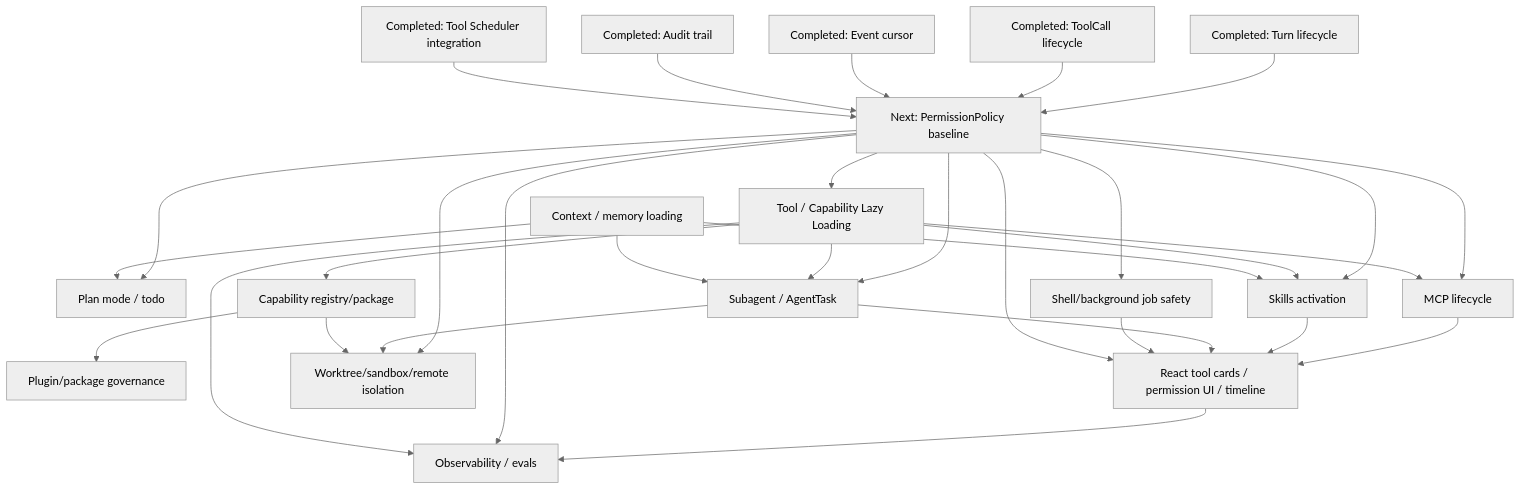
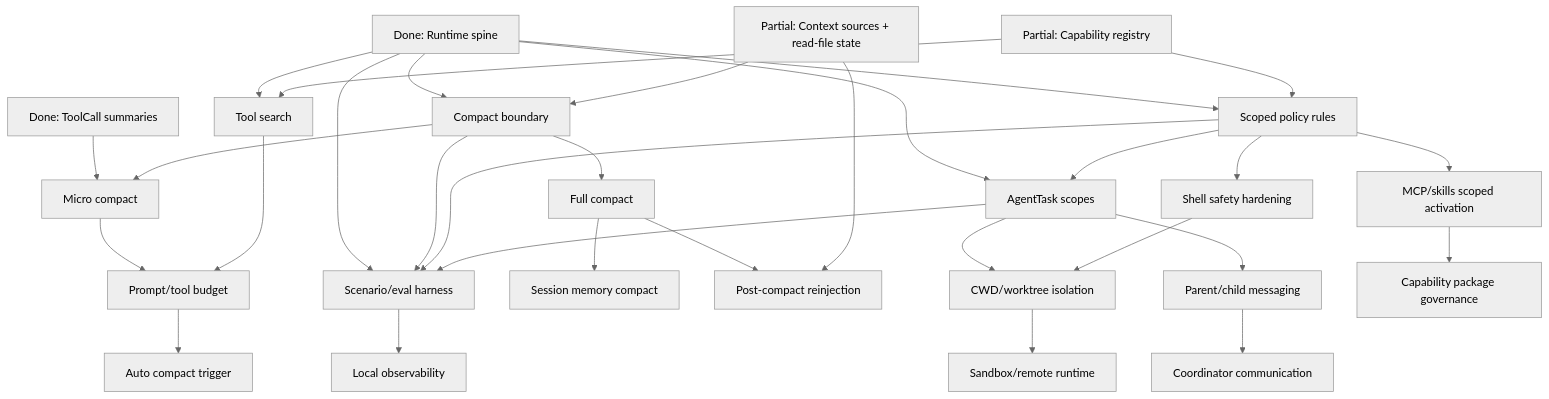
Before and after one commit to CIPFZ/agent-builder: the diagram in docs/claude-code-alignment-next-roadmap.md, drawn with Mermaid (neutral theme). The commit also changed other lines of this file and 1 other file, not shown here.

Commit message:
docs: audit claude code runtime parity

````diff
--- a/docs/claude-code-alignment-next-roadmap.md
+++ b/docs/claude-code-alignment-next-roadmap.md
@@ -92,39 +180,37 @@
 ```mermaid
 graph TD
-  T["Completed: Turn lifecycle"] --> PP["Next: PermissionPolicy baseline"]
-  TC["Completed: ToolCall lifecycle"] --> PP
-  EV["Completed: Event cursor"] --> PP
-  AU["Completed: Audit trail"] --> PP
-  TS["Completed: Tool Scheduler integration"] --> PP
+  SP["Done: Runtime spine"] --> CB["Compact boundary"]
+  SP --> PS["Scoped policy rules"]
+  SP --> TS["Tool search"]
+  SP --> AT["AgentTask scopes"]
+  SP --> EV["Scenario/eval harness"]
 
-  PP --> LL["Tool / Capability Lazy Loading"]
-  PP --> PM["Plan mode / todo"]
-  PP --> SH["Shell/background job safety"]
-  PP --> MCP["MCP lifecycle"]
-  PP --> SK["Skills activation"]
-  PP --> AG["Subagent / AgentTask"]
+  CTX["Partial: Context sources + read-file state"] --> CB
+  TC["Done: ToolCall summaries"] --> MC["Micro compact"]
+  CB --> MC
+  MC --> PB["Prompt/tool budget"]
+  CB --> FC["Full compact"]
+  PB --> AC["Auto compact trigger"]
+  FC --> SM["Session memory compact"]
+  FC --> RI["Post-compact reinjection"]
+  CTX --> RI
 
-  LL --> REG["Capability registry/package"]
-  LL --> MCP
-  LL --> SK
-  LL --> AG
-  REG --> PLG["Plugin/package governance"]
+  CAP["Partial: Capability registry"] --> TS
+  CAP --> PS
+  PS --> SH["Shell safety hardening"]
+  PS --> AT
+  PS --> MS["MCP/skills scoped activation"]
+  TS --> PB
 
-  MCP --> UI["React tool cards / permission UI / timeline"]
-  SK --> UI
-  AG --> UI
-  SH --> UI
-  PP --> UI
+  AT --> PCM["Parent/child messaging"]
+  AT --> ISO["CWD/worktree isolation"]
+  SH --> ISO
+  PCM --> COORD["Coordinator communication"]
 
-  PP --> ISO["Worktree/sandbox/remote isolation"]
-  AG --> ISO
-  REG --> ISO
-
-  CTX["Context / memory loading"] --> PM
-  CTX --> SK
-  CTX --> AG
-
-  UI --> OBS["Observability / evals"]
-  PP --> OBS
-  LL --> OBS
+  MS --> PKG["Capability package governance"]
+  ISO --> SB["Sandbox/remote runtime"]
+  EV --> OBS["Local observability"]
+  CB --> EV
+  PS --> EV
+  AT --> EV
 ```
````
